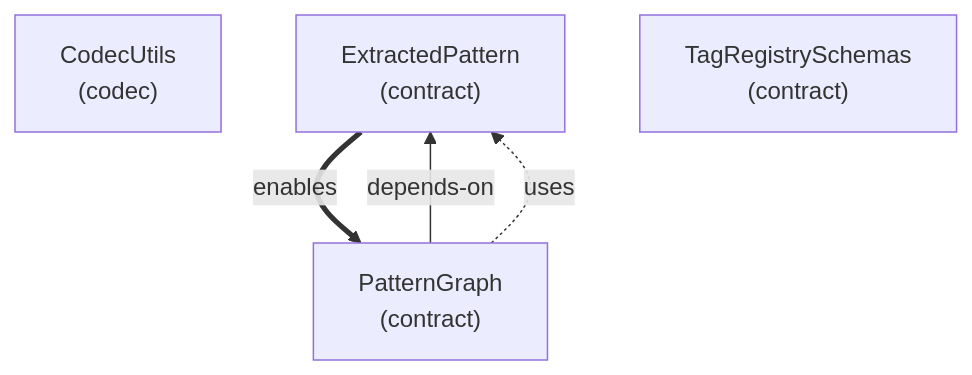
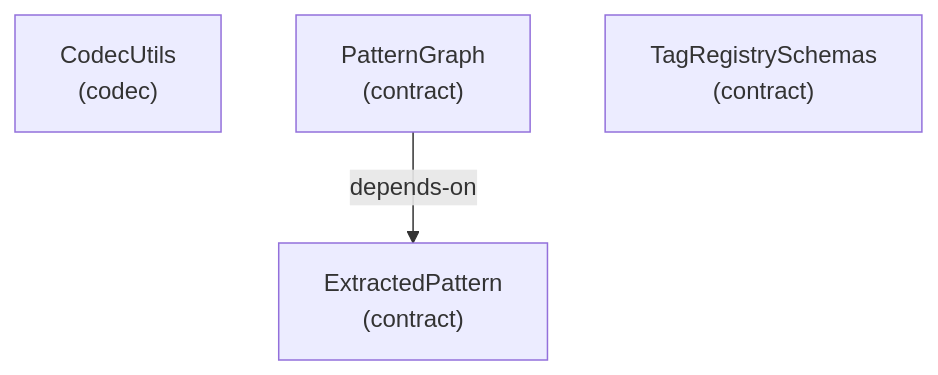
One commit to libar-dev/architect changed diagram 22 of 23 in docs-live/ARCHITECTURE.md. Above: the diagram before and after it, drawn with Mermaid. The commit also changed other lines of this file and 4 other files, not shown here.

First line of the commit message:
WS-3 Session 16 (D-19): forward-only per-group architecture detail diagrams

````diff
--- a/docs-live/ARCHITECTURE.md
+++ b/docs-live/ARCHITECTURE.md
@@ -596,10 +434,8 @@
 ```mermaid
 graph TD
   codecutils["CodecUtils<br/>(codec)"]
   extractedpattern["ExtractedPattern<br/>(contract)"]
   patterngraph["PatternGraph<br/>(contract)"]
   tagregistryschemas["TagRegistrySchemas<br/>(contract)"]
-  extractedpattern ==>|enables| patterngraph
   patterngraph -->|depends-on| extractedpattern
-  patterngraph -.->|uses| extractedpattern
 ```
````
